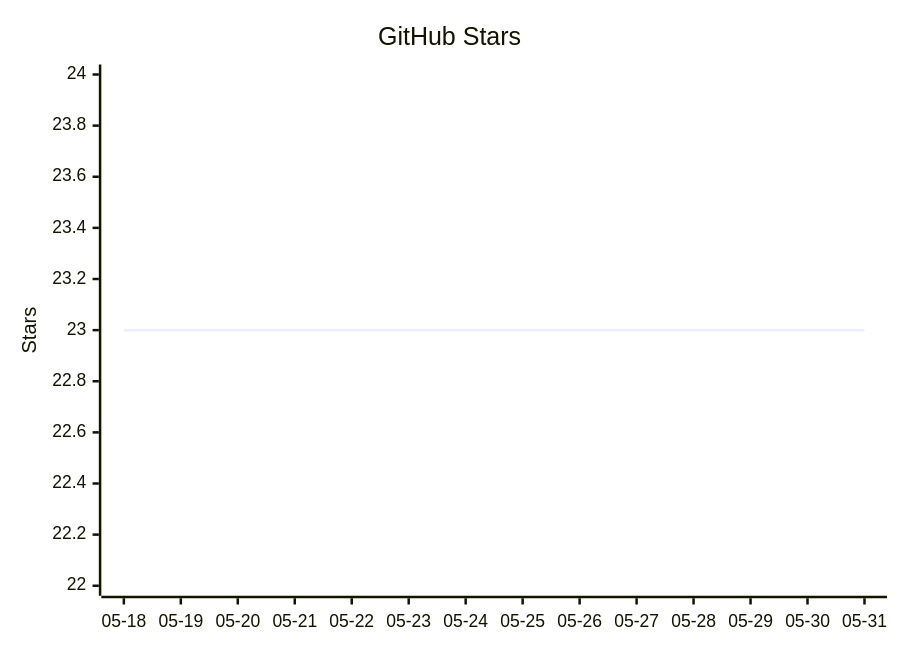
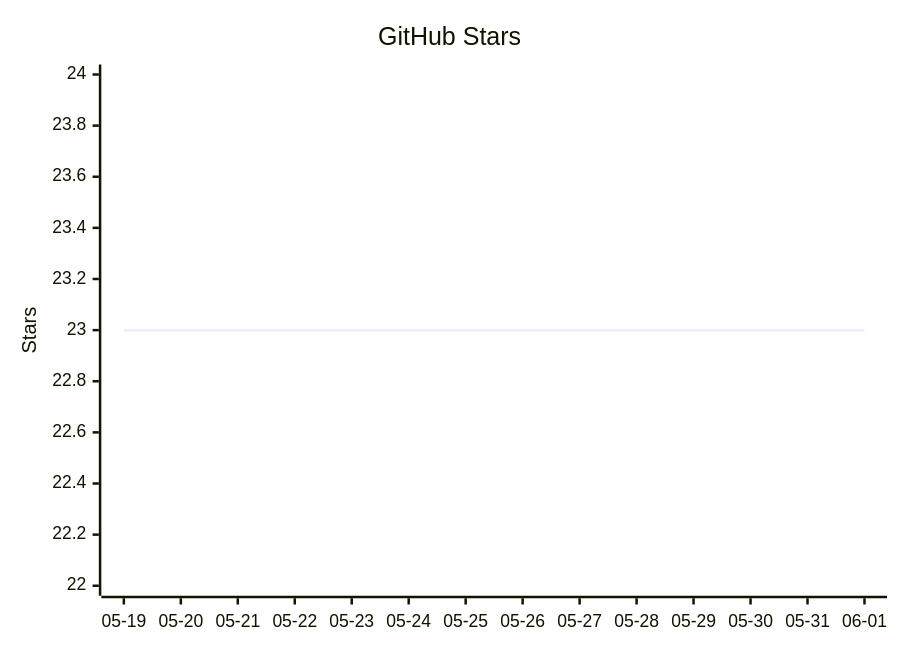
The diagram in README.mbt.md (vectie/moonclaw), drawn with Mermaid before and after one commit. The commit also changed other lines of this file and 1 other file, not shown here.

Commit message:
Update README star growth

````diff
--- a/README.mbt.md
+++ b/README.mbt.md
@@ -490,7 +490,7 @@
 ```mermaid
 xychart-beta
     title "GitHub Stars"
-    x-axis ["05-18","05-19","05-20","05-21","05-22","05-23","05-24","05-25","05-26","05-27","05-28","05-29","05-30","05-31"]
+    x-axis ["05-19","05-20","05-21","05-22","05-23","05-24","05-25","05-26","05-27","05-28","05-29","05-30","05-31","06-01"]
     y-axis "Stars" 22 --> 24
     line [23,23,23,23,23,23,23,23,23,23,23,23,23,23]
 ```
````
